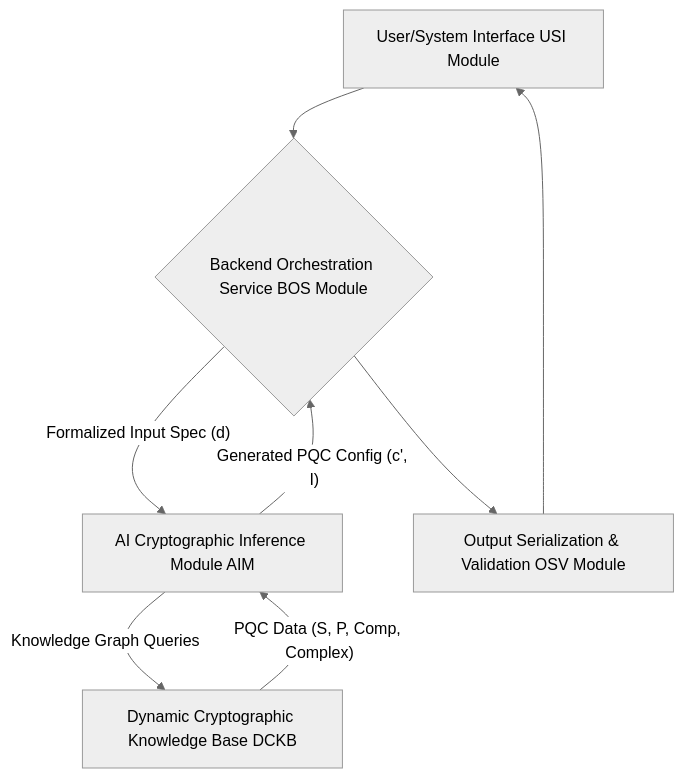
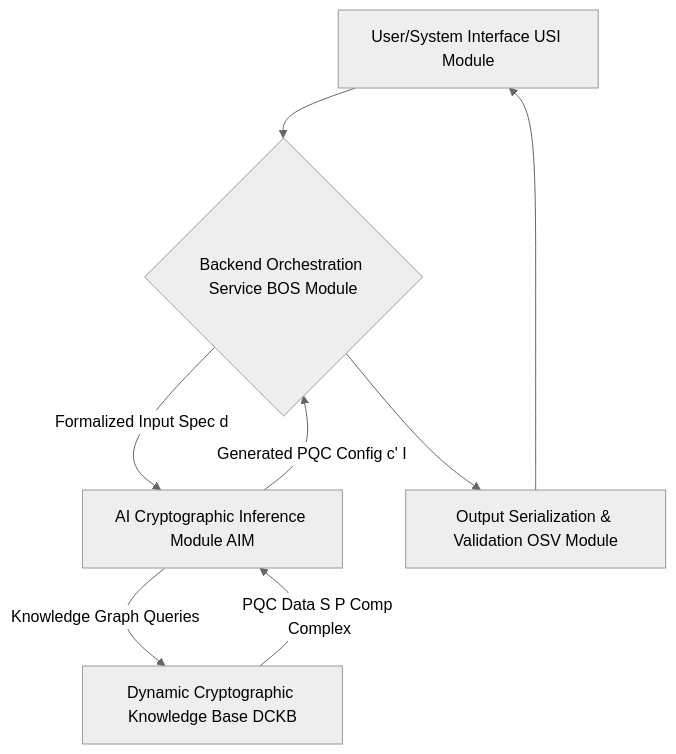
Before and after one commit to diplomat-bit/Citibank_Demo_Business_Inc_Demonstration-: the first of 5 diagrams in inventions/013_post_quantum_cryptography_generation.md, drawn with Mermaid (neutral theme). The commit also changed other lines of this file, not shown here.

````diff
--- a/inventions/013_post_quantum_cryptography_generation.md
+++ b/inventions/013_post_quantum_cryptography_generation.md
@@ -38,10 +38,10 @@
 ```mermaid
 graph TD
     A[User/System Interface USI Module] --> B{Backend Orchestration Service BOS Module}
-    B -- "Formalized Input Spec (d)" --> C[AI Cryptographic Inference Module AIM]
+    B -- "Formalized Input Spec d" --> C[AI Cryptographic Inference Module AIM]
     C -- "Knowledge Graph Queries" --> D[Dynamic Cryptographic Knowledge Base DCKB]
-    D -- "PQC Data (S, P, Comp, Complex)" --> C
-    C -- "Generated PQC Config (c', I)" --> B
+    D -- "PQC Data S P Comp Complex" --> C
+    C -- "Generated PQC Config c' I" --> B
     B --> E[Output Serialization & Validation OSV Module]
     E --> A
 ```
````
